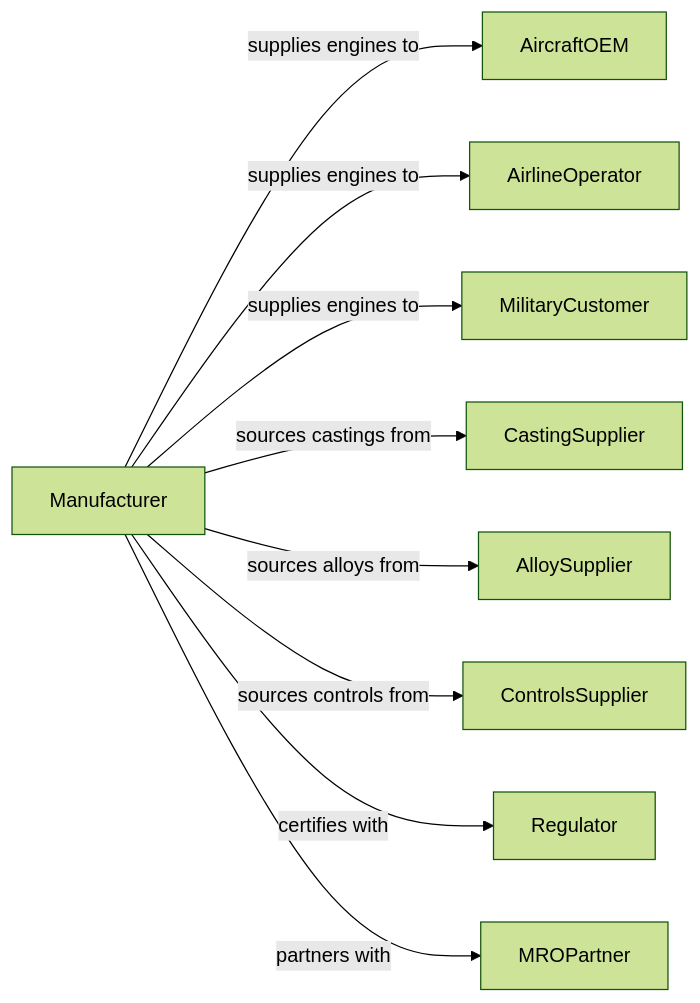
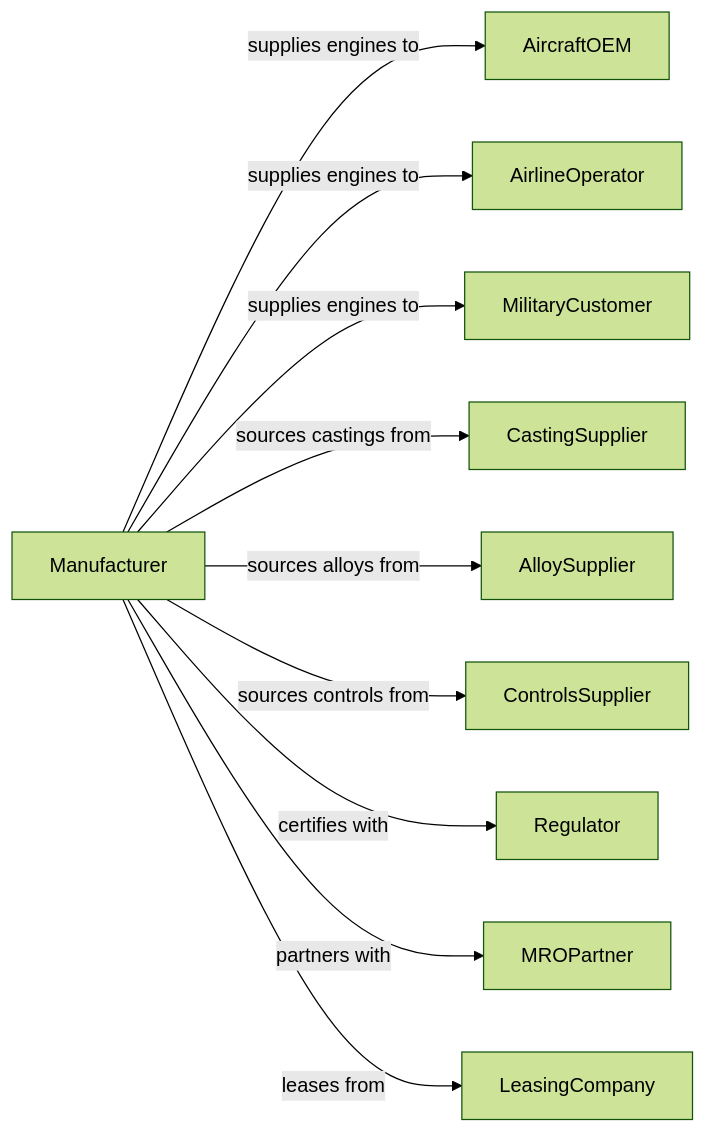
The second of 2 diagrams in Manufacturing/TransportationEquipmentManufacturing/AerospaceProductAndPartsManufacturing/AircraftEngineAndEnginePartsManufacturing.mdx (dot-org-ai/industries.org.ai), drawn with Mermaid (forest theme) before and after one commit. The commit also changed 588 other files, not shown here.

````diff
--- a/Manufacturing/TransportationEquipmentManufacturing/AerospaceProductAndPartsManufacturing/AircraftEngineAndEnginePartsManufacturing.mdx
+++ b/Manufacturing/TransportationEquipmentManufacturing/AerospaceProductAndPartsManufacturing/AircraftEngineAndEnginePartsManufacturing.mdx
@@ -125,13 +125,14 @@
 ```mermaid
 graph LR
     M[Manufacturer]
 
     M -->|supplies engines to| AircraftOEM
     M -->|supplies engines to| AirlineOperator
     M -->|supplies engines to| MilitaryCustomer
     M -->|sources castings from| CastingSupplier
     M -->|sources alloys from| AlloySupplier
     M -->|sources controls from| ControlsSupplier
     M -->|certifies with| Regulator
     M -->|partners with| MROPartner
+    M -->|leases from| LeasingCompany
 ```
````
